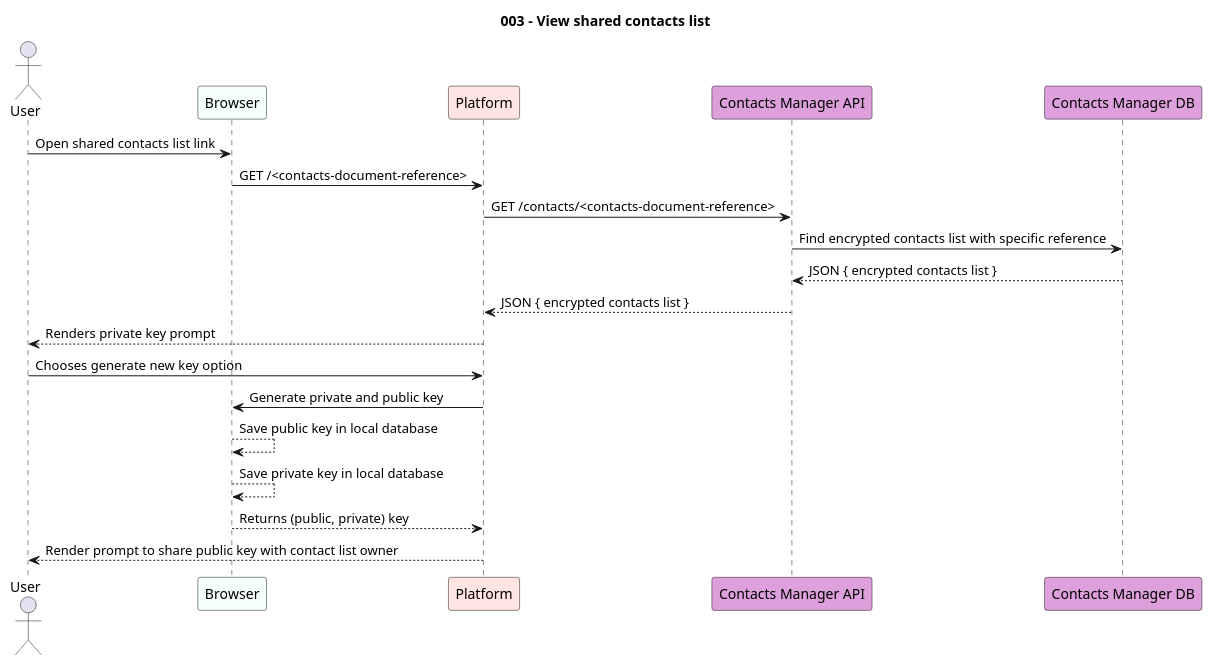
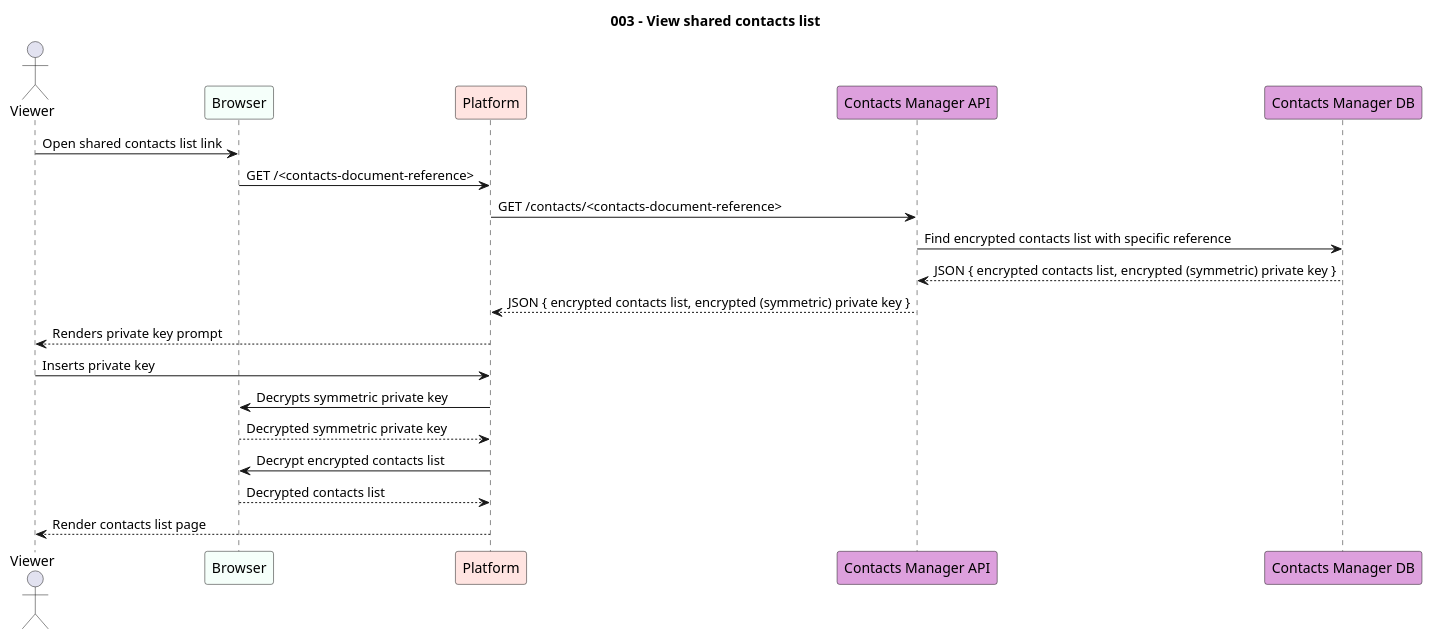
One commit to paginas-secretas/docs changed the diagram in src/usecases/puml/003-view-shared-contacts-list.puml. Above: the diagram before and after it, drawn with PlantUML. The commit also changed 9 other files, not shown here.

```diff
--- a/src/usecases/puml/003-view-shared-contacts-list.puml
+++ b/src/usecases/puml/003-view-shared-contacts-list.puml
@@ -1,26 +1,28 @@
 @startuml 003-view-shared-contacts-list
 
 title "003 - View shared contacts list"
 
-actor User
+actor "Viewer" as User
 participant Browser #MintCream
 participant "Platform" as PL #MistyRose
 participant "Contacts Manager API" as CNT #Plum
 participant "Contacts Manager DB" as CNT_DB #Plum
 
 User -> Browser: Open shared contacts list link
 Browser -> PL: GET /<contacts-document-reference>
 PL -> CNT: GET /contacts/<contacts-document-reference>
 CNT -> CNT_DB: Find encrypted contacts list with specific reference
-CNT_DB --> CNT: JSON { encrypted contacts list }
-CNT --> PL: JSON { encrypted contacts list }
+CNT_DB --> CNT: JSON { encrypted contacts list, encrypted (symmetric) private key }
+CNT --> PL: JSON { encrypted contacts list, encrypted (symmetric) private key }
+
 PL --> User: Renders private key prompt
+User -> PL: Inserts private key
+PL -> Browser: Decrypts symmetric private key
+Browser --> PL: Decrypted symmetric private key
 
-User -> PL: Chooses generate new key option
-PL -> Browser: Generate private and public key
-Browser --> Browser: Save public key in local database
-Browser --> Browser: Save private key in local database
-Browser --> PL: Returns (public, private) key
-PL --> User: Render prompt to share public key with contact list owner
+PL -> Browser: Decrypt encrypted contacts list
+Browser --> PL: Decrypted contacts list
+
+PL --> User: Render contacts list page
 
 @enduml
```
